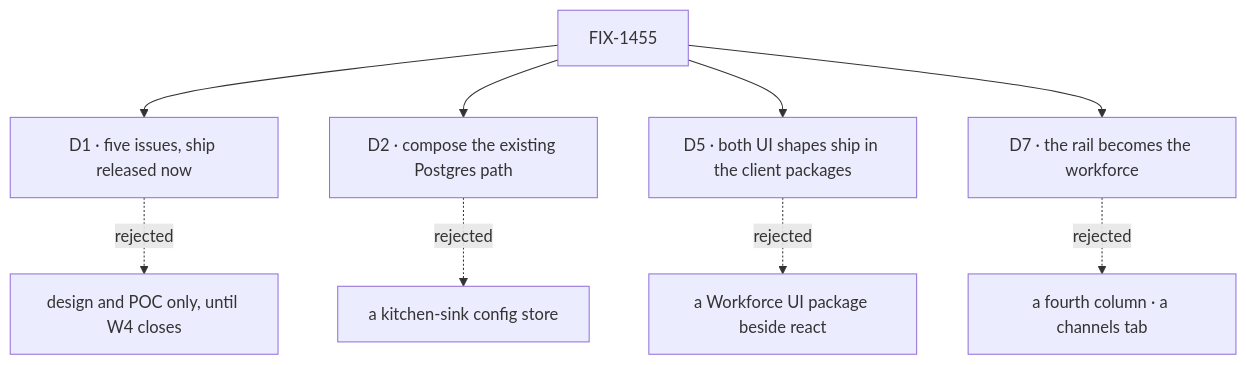
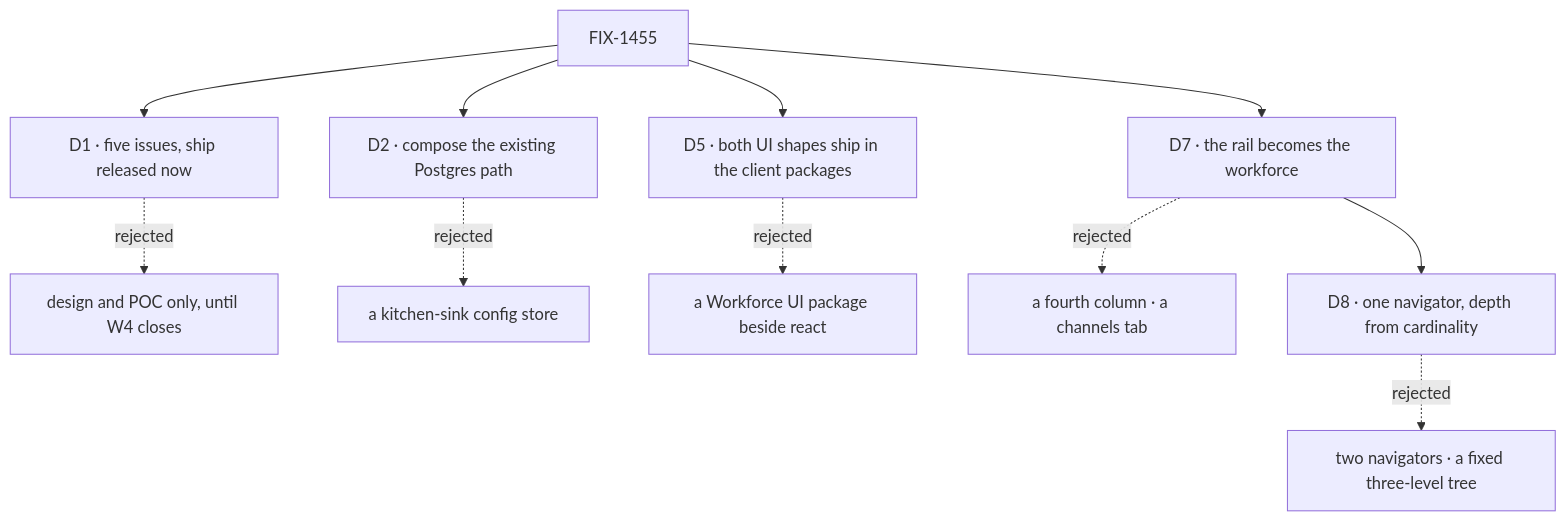
One commit to fixpoint-labs/flow-state-dev changed the diagram in specs/epics/FIX-1455/DECISIONS.md. Above: the diagram before and after it, drawn with Mermaid. The commit also changed other lines of this file and 7 other files, not shown here.

````diff
--- a/specs/epics/FIX-1455/DECISIONS.md
+++ b/specs/epics/FIX-1455/DECISIONS.md
@@ -11,11 +12,13 @@
 ```mermaid
 flowchart TD
   E["FIX-1455"] --> D1["D1 · five issues, ship released now"]
   D1 -.->|"rejected"| X1["design and POC only, until W4 closes"]
   E --> D2["D2 · compose the existing Postgres path"]
   D2 -.->|"rejected"| X2["a kitchen-sink config store"]
   E --> D5["D5 · both UI shapes ship in the client packages"]
   D5 -.->|"rejected"| X5["a Workforce UI package beside react"]
   E --> D7["D7 · the rail becomes the workforce"]
   D7 -.->|"rejected"| X7["a fourth column · a channels tab"]
+  D7 --> D8["D8 · one navigator, depth from cardinality"]
+  D8 -.->|"rejected"| X8["two navigators · a fixed three-level tree"]
 ```
````
